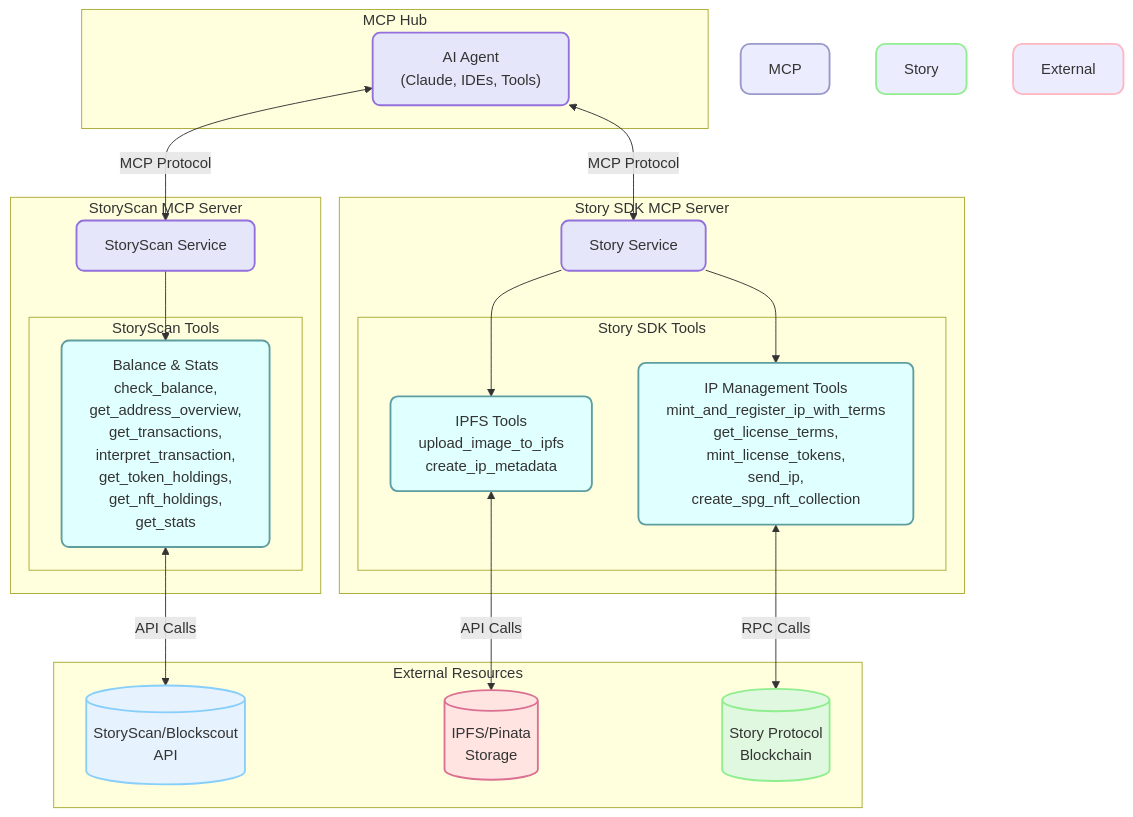
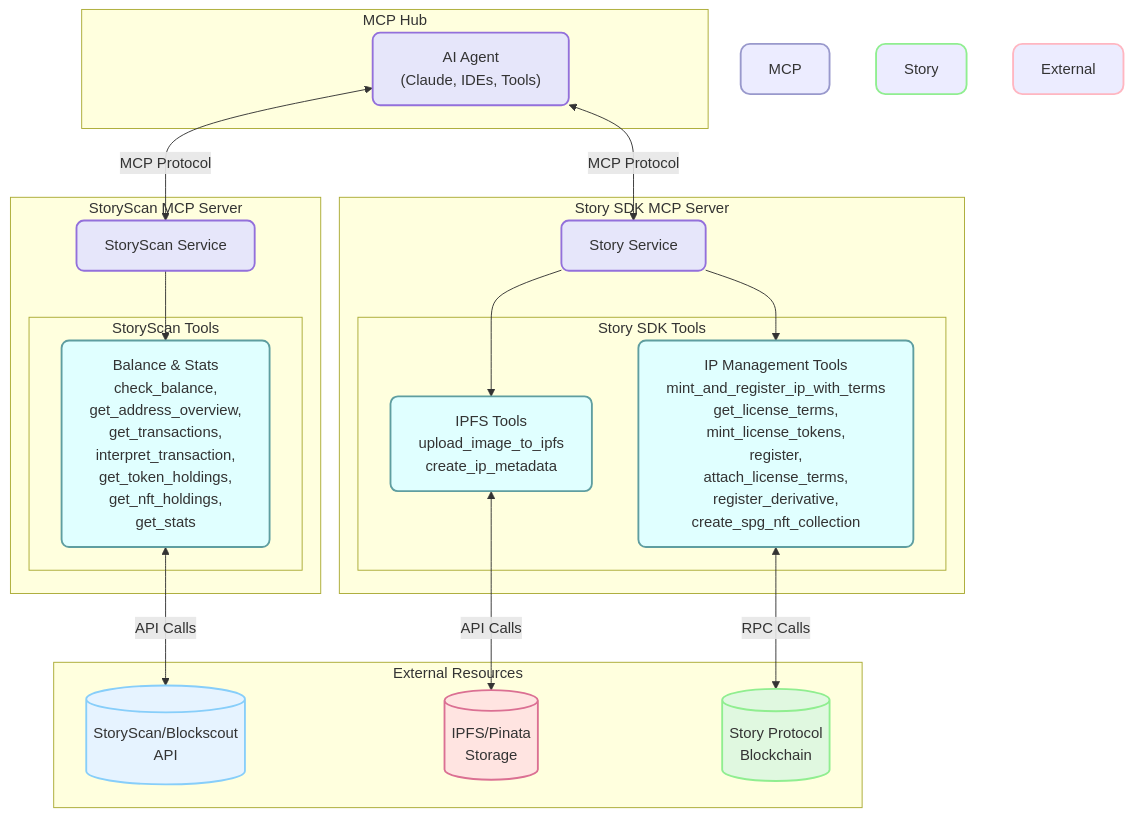
The diagram in README.md (piplabs/story-mcp-hub), drawn with Mermaid before and after one commit. The commit also changed other lines of this file and 35 other files, not shown here.

````diff
--- a/README.md
+++ b/README.md
@@ -18,54 +18,54 @@
 ```mermaid
 graph TD
     subgraph "MCP Hub"
         style MCP Hub fill:#F5F5FF,stroke:#9999CC,stroke-width:2px,rx:10,ry:10
         Agent["AI Agent<br>(Claude, IDEs, Tools)"]
         style Agent fill:#E6E6FA,stroke:#9370DB,stroke-width:2px,rx:8,ry:8
     end
 
     subgraph "StoryScan MCP Server"
         style StoryScan MCP Server fill:#F0F8FF,stroke:#87CEFA,stroke-width:2px,rx:10,ry:10
         StoryscanService["StoryScan Service"]
         style StoryscanService fill:#E6E6FA,stroke:#9370DB,stroke-width:2px,rx:8,ry:8
 
         subgraph "StoryScan Tools"
             style StoryScan Tools fill:#F0FFFF,stroke:#5F9EA0,stroke-width:2px,rx:10,ry:10
             StoryscanToolset["Balance & Stats<br>check_balance,<br>get_address_overview,<br>get_transactions,<br>interpret_transaction,<br>get_token_holdings,<br>get_nft_holdings,<br>get_stats"]
             style StoryscanToolset fill:#E0FFFF,stroke:#5F9EA0,stroke-width:2px,rx:8,ry:8
         end
     end
 
     subgraph "Story SDK MCP Server"
         style Story SDK MCP Server fill:#F5FFFA,stroke:#98FB98,stroke-width:2px,rx:10,ry:10
         StoryService["Story Service"]
         style StoryService fill:#E6E6FA,stroke:#9370DB,stroke-width:2px,rx:8,ry:8
 
         subgraph "Story SDK Tools"
             style Story SDK Tools fill:#F0FFF0,stroke:#90EE90,stroke-width:2px,rx:10,ry:10
             IPFSTools["IPFS Tools<br>upload_image_to_ipfs<br>create_ip_metadata"]
             style IPFSTools fill:#E0FFFF,stroke:#5F9EA0,stroke-width:2px,rx:8,ry:8
-            IPTools["IP Management Tools<br>mint_and_register_ip_with_terms<br>get_license_terms,<br>mint_license_tokens,<br>send_ip,<br>create_spg_nft_collection"]
+            IPTools["IP Management Tools<br>mint_and_register_ip_with_terms<br>get_license_terms,<br>mint_license_tokens,<br>register,<br>attach_license_terms,<br>register_derivative,<br>create_spg_nft_collection"]
             style IPTools fill:#E0FFFF,stroke:#5F9EA0,stroke-width:2px,rx:8,ry:8
         end
     end
 
     subgraph "External Resources"
         style External Resources fill:#FFF0F5,stroke:#FFB6C1,stroke-width:2px,rx:10,ry:10
         IPFS[(IPFS/Pinata<br>Storage)]
         style IPFS fill:#FFE4E1,stroke:#DB7093,stroke-width:2px,rx:15,ry:15
         Blockchain[(Story Protocol<br>Blockchain)]
         style Blockchain fill:#E0F8E0,stroke:#90EE90,stroke-width:2px,rx:15,ry:15
         StoryScan[(StoryScan/Blockscout<br>API)]
         style StoryScan fill:#E6F3FF,stroke:#87CEFA,stroke-width:2px,rx:15,ry:15
     end
 
     Agent <--MCP Protocol--> StoryService
     Agent <--MCP Protocol--> StoryscanService
     StoryscanService --> StoryscanToolset
     StoryService --> IPFSTools
     StoryService --> IPTools
 
     StoryscanToolset <--API Calls--> StoryScan
     IPFSTools <--API Calls--> IPFS
     IPTools <--RPC Calls--> Blockchain
 ```
````
